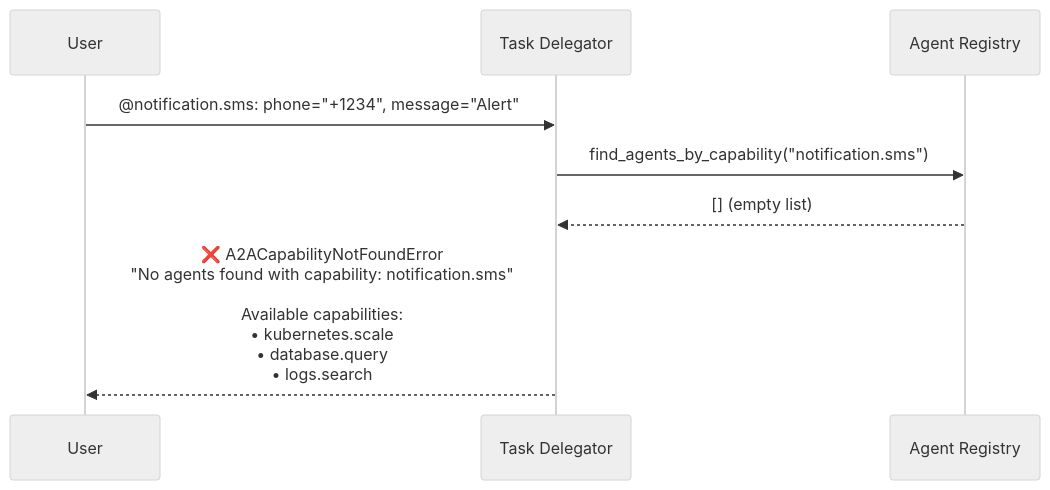
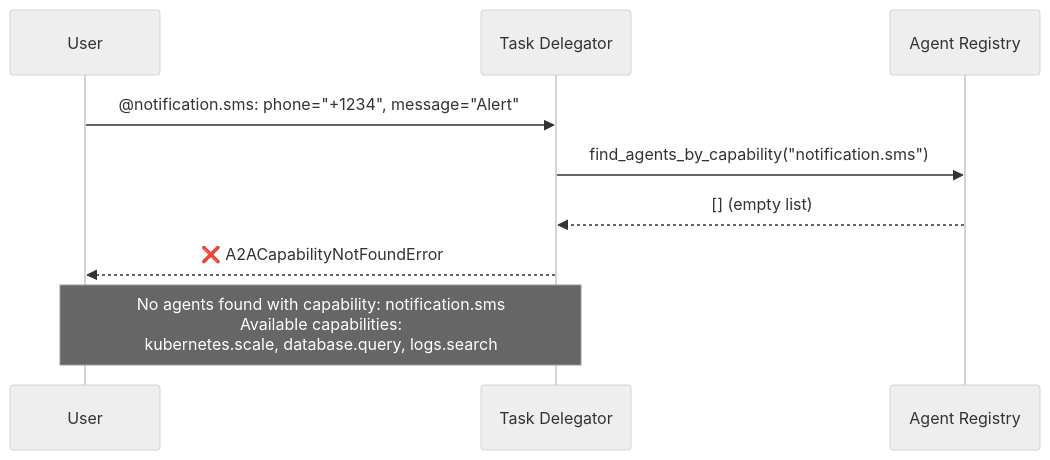
One commit to Htunn/simple-ai-agent changed the ninth of 10 diagrams in docs/a2a-sequence-diagrams.md. Above: the diagram before and after it, drawn with Mermaid (neutral theme). The commit also changed other lines of this file, not shown here.

First line of the commit message:
Update Traffic Flow Summary with v2.0.0 features

````diff
--- a/docs/a2a-sequence-diagrams.md
+++ b/docs/a2a-sequence-diagrams.md
@@ -518,12 +518,13 @@
 ```mermaid
 sequenceDiagram
     participant User
     participant Delegator as Task Delegator
     participant Registry as Agent Registry
 
     User->>Delegator: @notification.sms: phone="+1234", message="Alert"
     Delegator->>Registry: find_agents_by_capability("notification.sms")
     Registry-->>Delegator: [] (empty list)
     
-    Delegator-->>User: ❌ A2ACapabilityNotFoundError<br/>"No agents found with capability: notification.sms"<br/><br/>Available capabilities:<br/>• kubernetes.scale<br/>• database.query<br/>• logs.search
+    Delegator-->>User: ❌ A2ACapabilityNotFoundError
+    Note over User,Delegator: No agents found with capability: notification.sms<br/>Available capabilities:<br/>kubernetes.scale, database.query, logs.search
 ```
````
